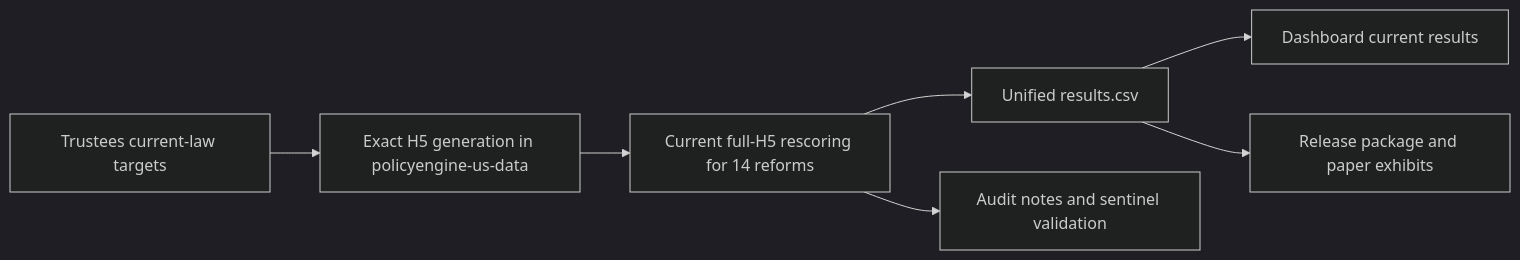
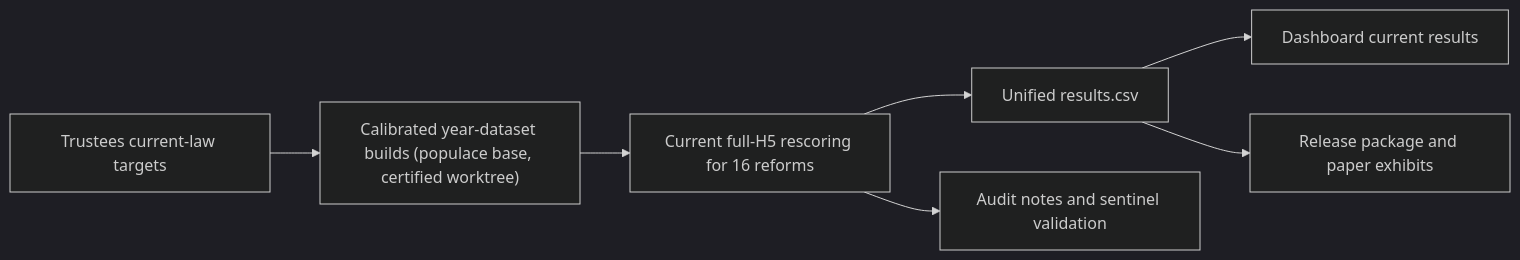
One commit to PolicyEngine/crfb-tob-impacts changed the diagram in docs/current/README.md. Above: the diagram before and after it, drawn with Mermaid (dark theme). The commit also changed 19 other files, not shown here.

````diff
--- a/docs/current/README.md
+++ b/docs/current/README.md
@@ -29,9 +29,9 @@
 ```mermaid
 flowchart LR
-  A["Trustees current-law targets"] --> B["Exact H5 generation in policyengine-us-data"]
-  B --> C["Current full-H5 rescoring for 14 reforms"]
+  A["Trustees current-law targets"] --> B["Calibrated year-dataset builds (populace base, certified worktree)"]
+  B --> C["Current full-H5 rescoring for 16 reforms"]
   C --> D["Unified results.csv"]
   D --> E["Dashboard current results"]
   D --> F["Release package and paper exhibits"]
   C --> G["Audit notes and sentinel validation"]
 ```
````
